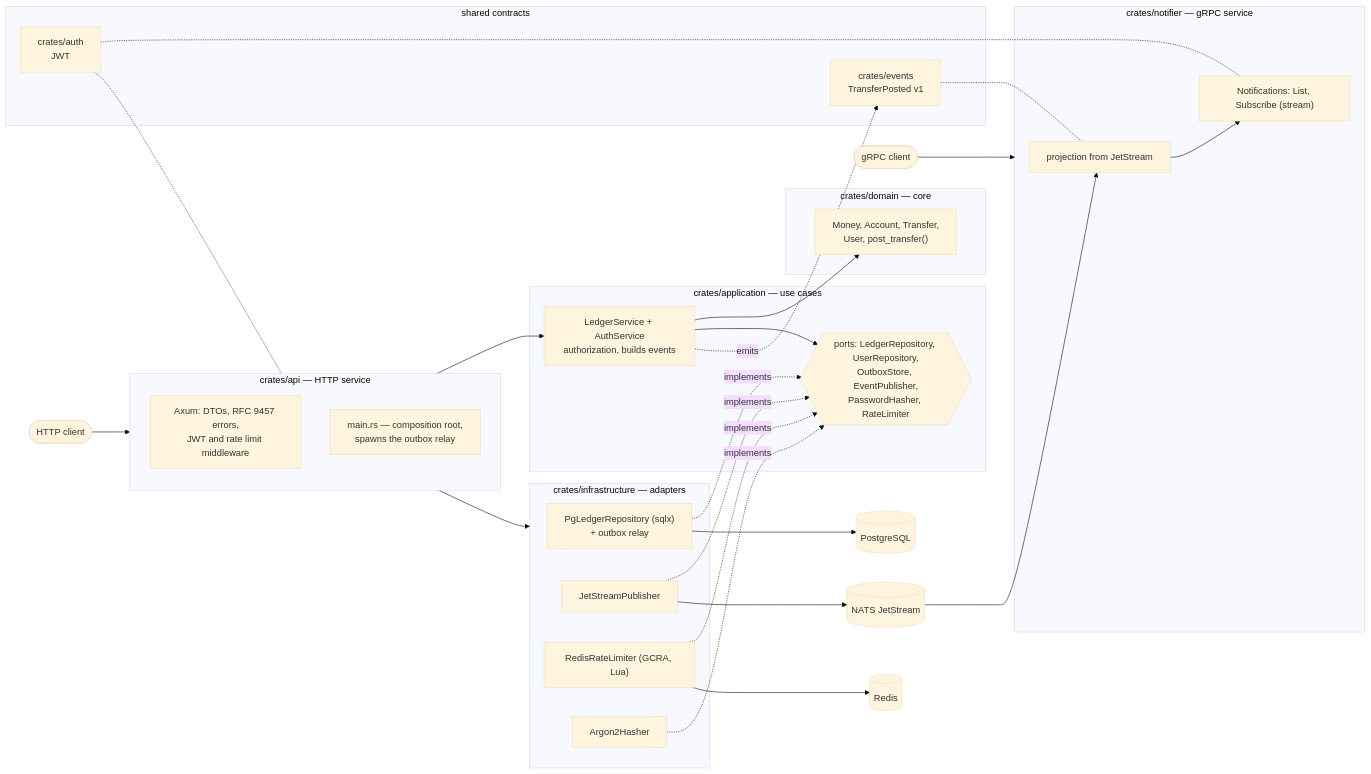
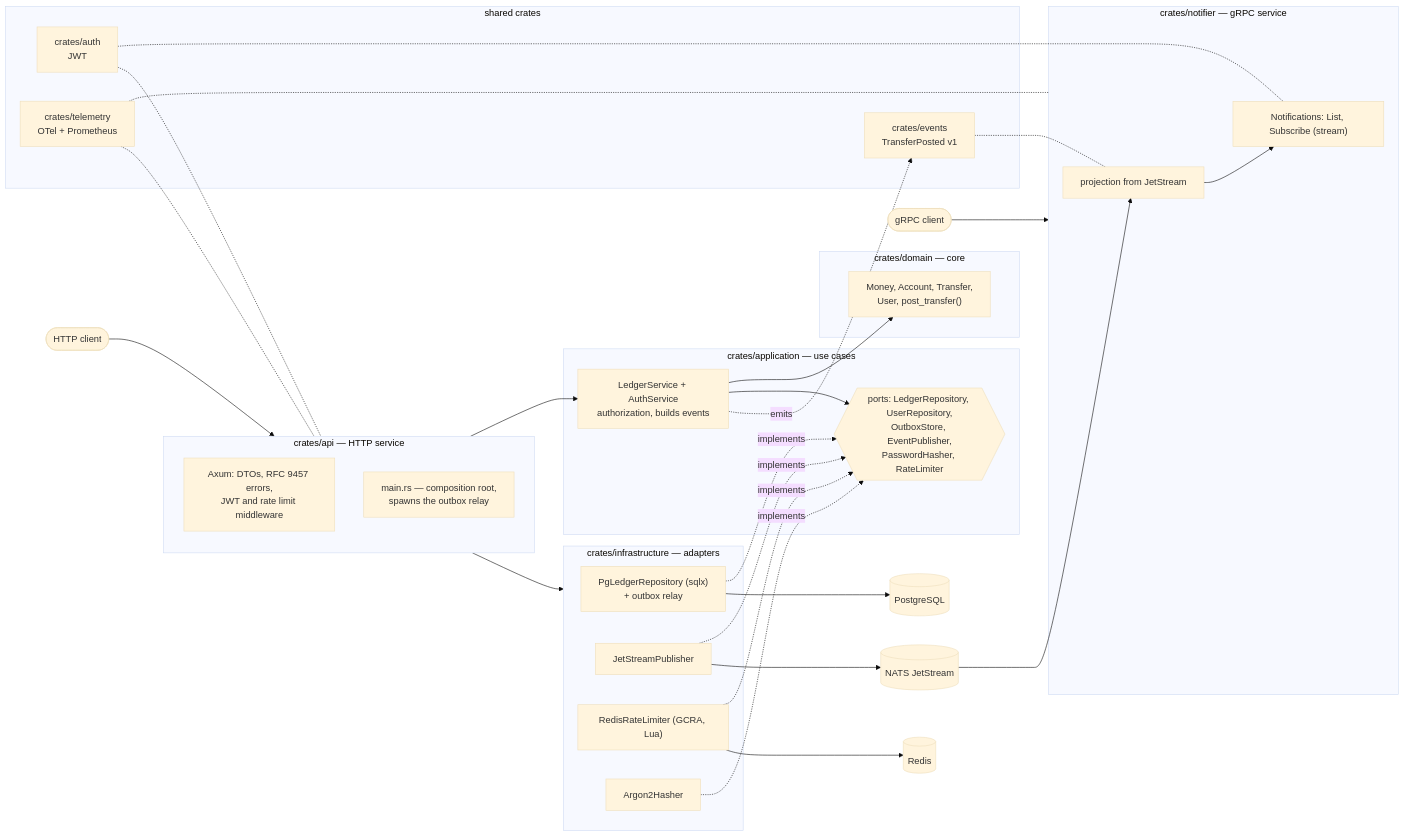
The first of 3 diagrams in README.md (fn-devX/ledger), drawn with Mermaid (base theme) before and after one commit. The commit also changed other lines of this file and 47 other files, not shown here.

First line of the commit message:
feat: Prometheus metrics and OpenTelemetry tracing across API, outbox, NATS and notifier

````diff
--- a/README.md
+++ b/README.md
@@ -11,55 +13,58 @@
 ```mermaid
 flowchart LR
     client([HTTP client]) --> api
     watcher([gRPC client]) --> notifier
 
     subgraph api["crates/api — HTTP service"]
         direction TB
         http["Axum: DTOs, RFC 9457 errors,<br/>JWT and rate limit middleware"]
         root["main.rs — composition root,<br/>spawns the outbox relay"]
     end
 
     subgraph app["crates/application — use cases"]
         svc["LedgerService + AuthService<br/>authorization, builds events"]
         ports{{"ports: LedgerRepository, UserRepository,<br/>OutboxStore, EventPublisher,<br/>PasswordHasher, RateLimiter"}}
     end
 
     subgraph dom["crates/domain — core"]
         model["Money, Account, Transfer,<br/>User, post_transfer()"]
     end
 
     subgraph infra["crates/infrastructure — adapters"]
         pg["PgLedgerRepository (sqlx)<br/>+ outbox relay"]
         js["JetStreamPublisher"]
         redis["RedisRateLimiter (GCRA, Lua)"]
         argon["Argon2Hasher"]
     end
 
-    subgraph contracts["shared contracts"]
+    subgraph contracts["shared crates"]
         events["crates/events<br/>TransferPosted v1"]
         auth["crates/auth<br/>JWT"]
+        telemetry["crates/telemetry<br/>OTel + Prometheus"]
     end
 
     subgraph notifier["crates/notifier — gRPC service"]
         proj["projection from JetStream"]
         grpc["Notifications: List, Subscribe (stream)"]
     end
 
     http --> svc
     svc --> model
     svc --> ports
     svc -. emits .-> events
     pg -. implements .-> ports
     js -. implements .-> ports
     redis -. implements .-> ports
     argon -. implements .-> ports
     root --> infra
     pg --> db[(PostgreSQL)]
     redis --> rds[(Redis)]
     js --> nats[(NATS JetStream)]
     nats --> proj
     proj --> grpc
     events -.- proj
     auth -.- http
     auth -.- grpc
+    telemetry -.- http
+    telemetry -.- notifier
 ```
````
